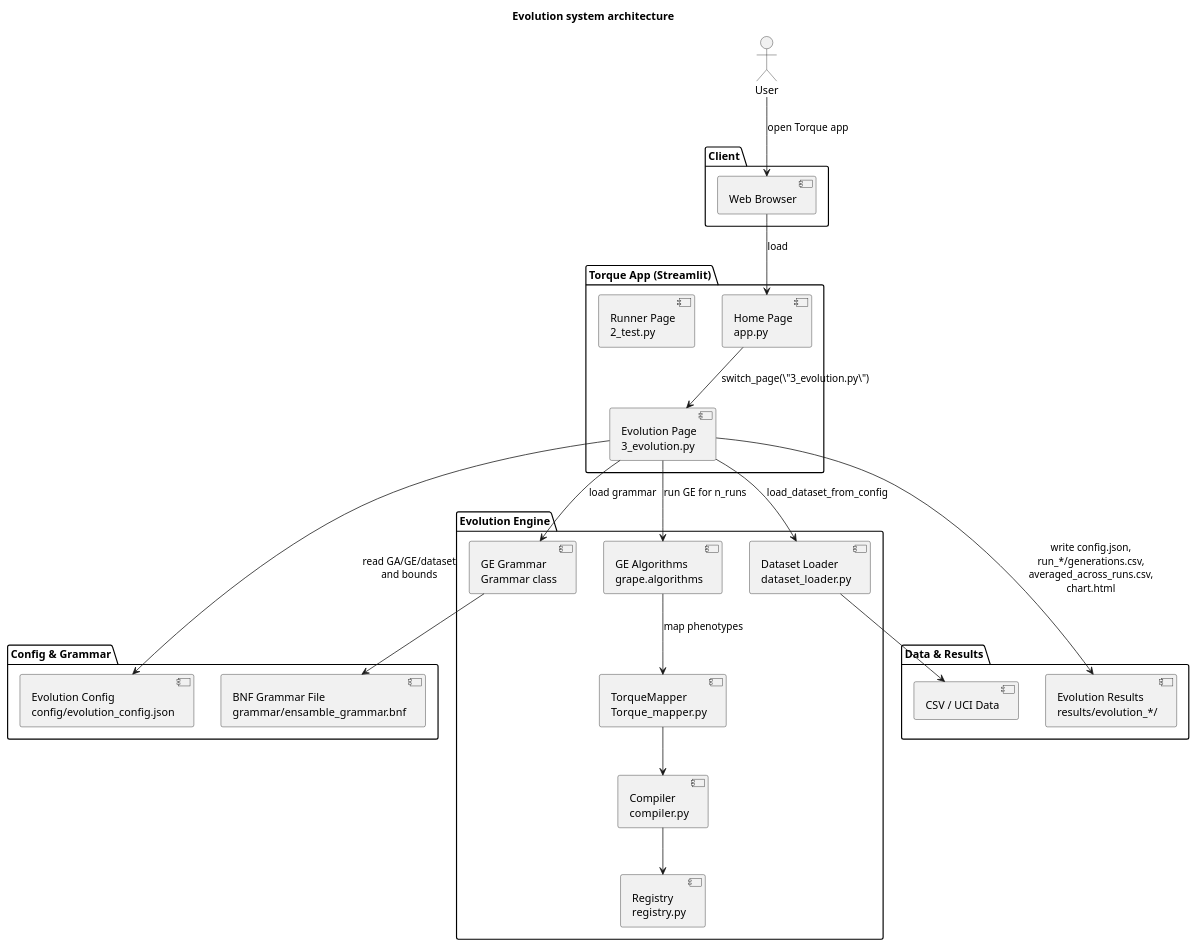
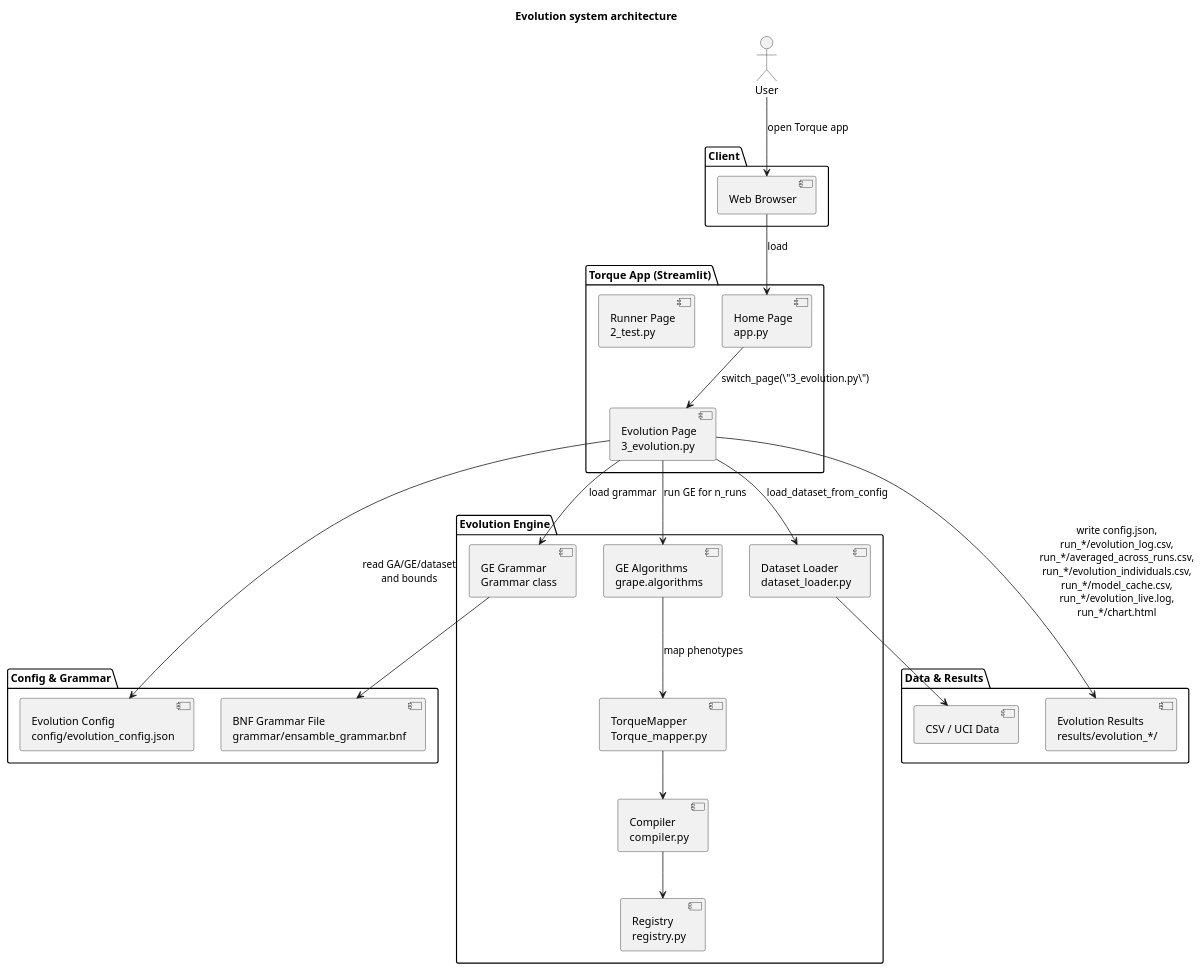
The diagram in Document/evolution_system_architecture.puml (aghilhooshmand/Torque), drawn with PlantUML before and after one commit. The commit also changed 22 other files, not shown here.

Commit message:
all help files and puml files for UML files of system updated.

```diff
--- a/Document/evolution_system_architecture.puml
+++ b/Document/evolution_system_architecture.puml
@@ -1,53 +1,53 @@
 @startuml
 title Evolution system architecture
 
 actor User
 
 package "Client" {
   [Web Browser] as Browser
 }
 
 package "Torque App (Streamlit)" {
   [Home Page\napp.py] as Home
   [Evolution Page\n3_evolution.py] as EvoUI
   [Runner Page\n2_test.py] as RunnerUI
 }
 
 package "Config & Grammar" {
   [Evolution Config\nconfig/evolution_config.json] as EvoConfig
   [BNF Grammar File\ngrammar/ensamble_grammar.bnf] as GrammarFile
 }
 
 package "Evolution Engine" {
   [Dataset Loader\ndataset_loader.py] as Loader
   [GE Grammar\nGrammar class] as BNFGrammar
   [GE Algorithms\ngrape.algorithms] as GE
   [TorqueMapper\nTorque_mapper.py] as TM
   [Compiler\ncompiler.py] as Compiler
   [Registry\nregistry.py] as Registry
 }
 
 package "Data & Results" {
   [CSV / UCI Data] as DataSource
   [Evolution Results\nresults/evolution_*/] as EvoResults
 }
 
 User --> Browser : open Torque app
 Browser --> Home : load
 Home --> EvoUI : switch_page(\"3_evolution.py\")
 
 EvoUI --> EvoConfig : read GA/GE/dataset\nand bounds
 EvoUI --> Loader : load_dataset_from_config
 Loader --> DataSource
 
 EvoUI --> BNFGrammar : load grammar
 BNFGrammar --> GrammarFile
 
 EvoUI --> GE : run GE for n_runs
 GE --> TM : map phenotypes
 TM --> Compiler
 Compiler --> Registry
 
-EvoUI --> EvoResults : write config.json,\nrun_*/generations.csv,\naveraged_across_runs.csv,\nchart.html
+EvoUI --> EvoResults : write config.json,\nrun_*/evolution_log.csv,\nrun_*/averaged_across_runs.csv,\nrun_*/evolution_individuals.csv,\nrun_*/model_cache.csv,\nrun_*/evolution_live.log,\nrun_*/chart.html
 
 @enduml
```
